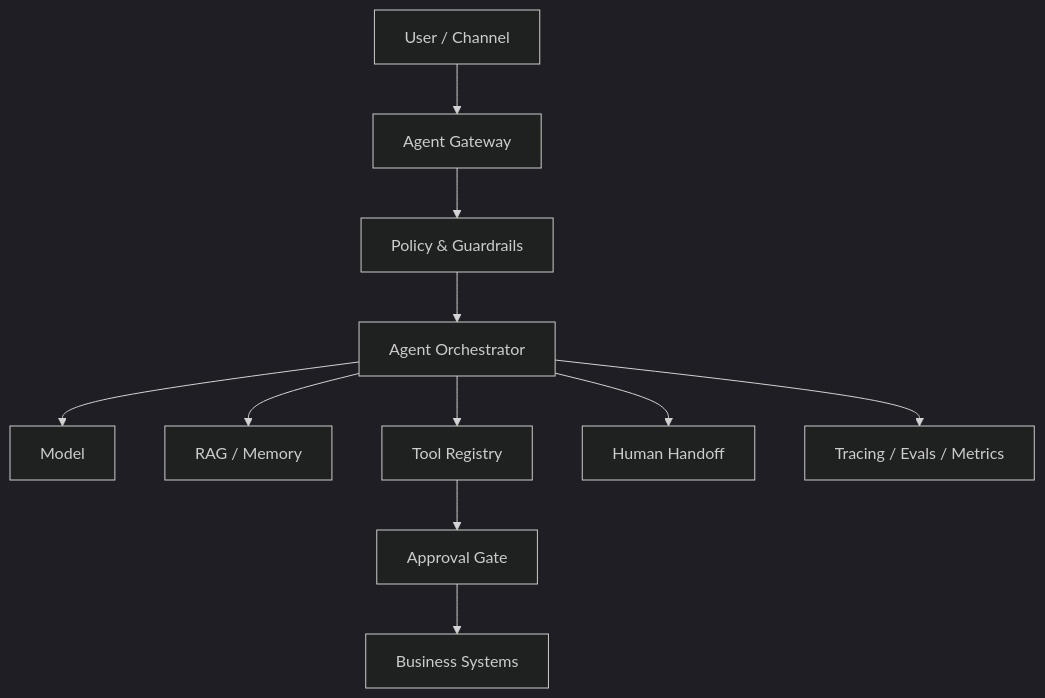
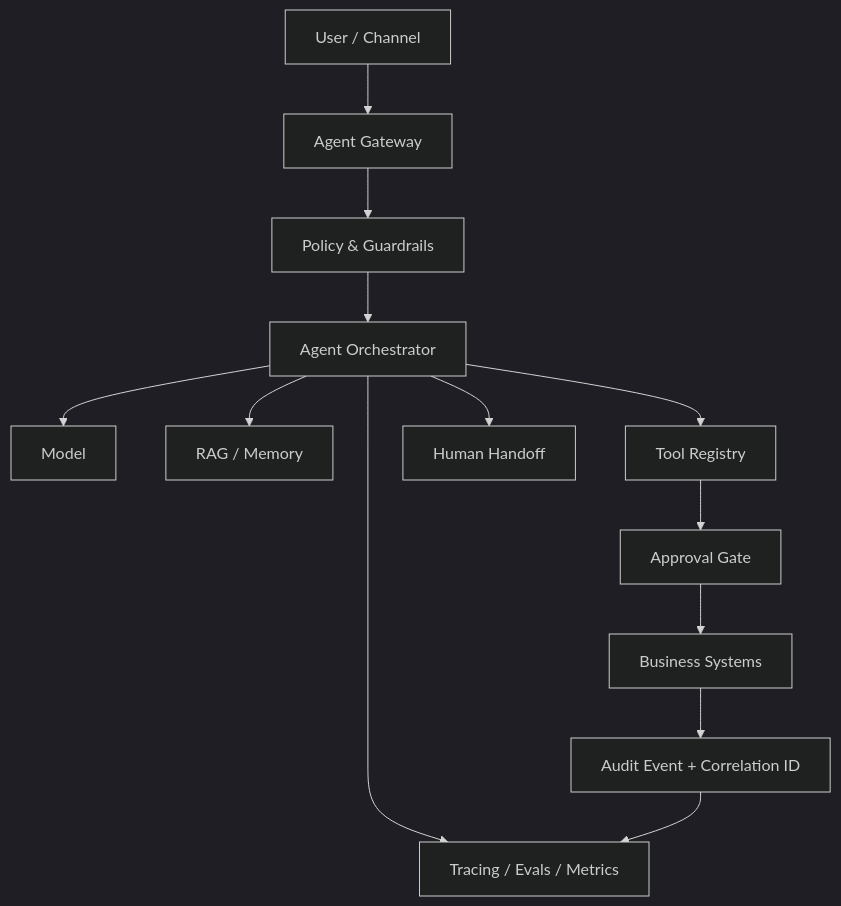
One commit to Videirafo/AI-Agent-Production-Checklist changed the diagram in README.md. Above: the diagram before and after it, drawn with Mermaid (dark theme). The commit also changed other lines of this file, not shown here.

Commit message:
docs: document correlated audit trail

````diff
--- a/README.md
+++ b/README.md
@@ -84,13 +87,15 @@
 ```mermaid
 flowchart TB
     U[User / Channel] --> G[Agent Gateway]
     G --> P[Policy & Guardrails]
     P --> O[Agent Orchestrator]
     O --> M[Model]
     O --> R[RAG / Memory]
     O --> T[Tool Registry]
     T --> A[Approval Gate]
     A --> S[Business Systems]
+    S --> AU[Audit Event + Correlation ID]
     O --> H[Human Handoff]
     O --> X[Tracing / Evals / Metrics]
+    AU --> X
 ```
````
